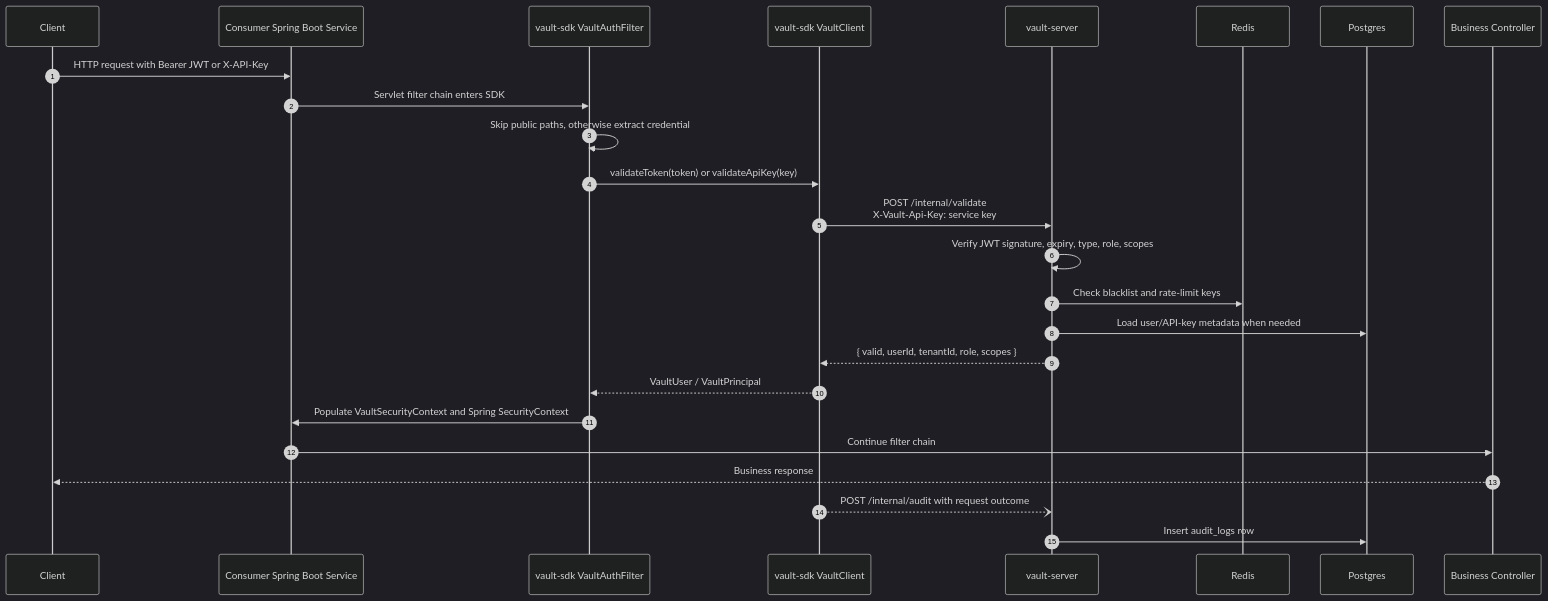
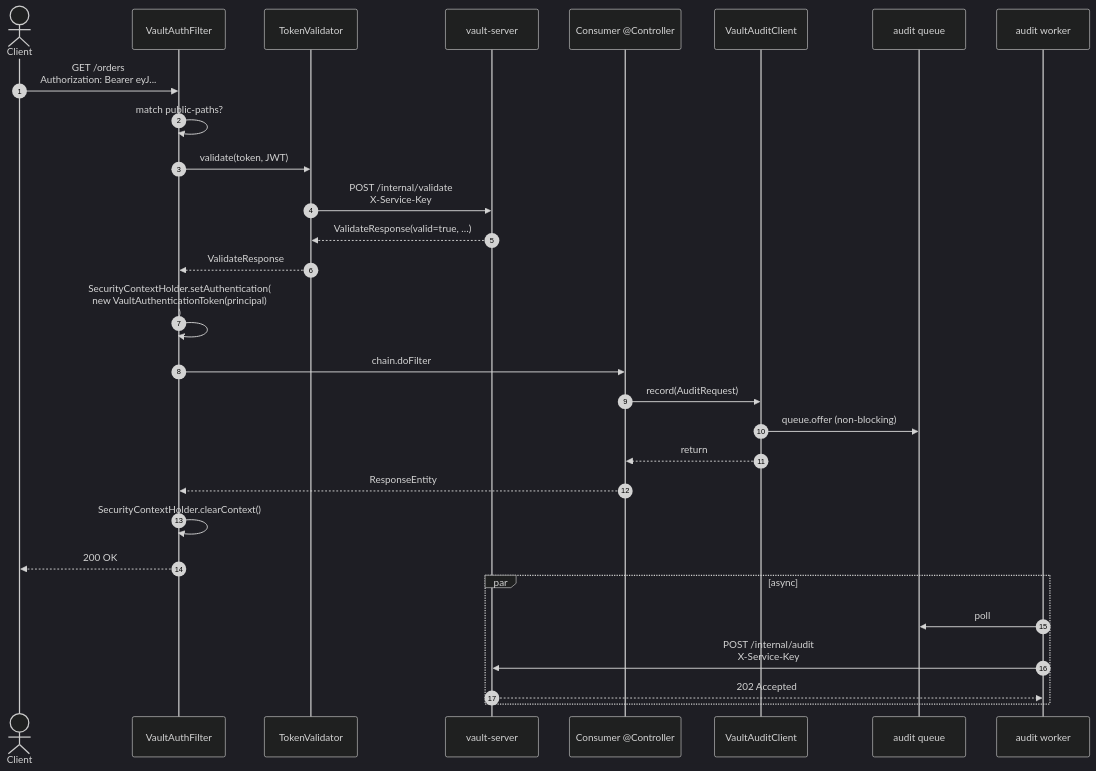
The third of 3 diagrams in docs/architecture.md (HesandaLiyanage/theVaultOfficial), drawn with Mermaid (dark theme) before and after one commit. The commit also changed other lines of this file and 2 other files, not shown here.

````diff
--- a/docs/architecture.md
+++ b/docs/architecture.md
@@ -71,28 +95,32 @@
 ```mermaid
 sequenceDiagram
     autonumber
-    participant Client
-    participant Service as Consumer Spring Boot Service
-    participant Filter as vault-sdk VaultAuthFilter
-    participant ClientSdk as vault-sdk VaultClient
-    participant Vault as vault-server
-    participant Redis
-    participant Postgres
-    participant Controller as Business Controller
+    actor C as Client
+    participant F as VaultAuthFilter
+    participant TV as TokenValidator
+    participant VS as vault-server
+    participant CTL as Consumer @Controller
+    participant AD as VaultAuditClient
+    participant Q as audit queue
+    participant W as audit worker
 
-    Client->>Service: HTTP request with Bearer JWT or X-API-Key
-    Service->>Filter: Servlet filter chain enters SDK
-    Filter->>Filter: Skip public paths, otherwise extract credential
-    Filter->>ClientSdk: validateToken(token) or validateApiKey(key)
-    ClientSdk->>Vault: POST /internal/validate<br/>X-Vault-Api-Key: service key
-    Vault->>Vault: Verify JWT signature, expiry, type, role, scopes
-    Vault->>Redis: Check blacklist and rate-limit keys
-    Vault->>Postgres: Load user/API-key metadata when needed
-    Vault-->>ClientSdk: { valid, userId, tenantId, role, scopes }
-    ClientSdk-->>Filter: VaultUser / VaultPrincipal
-    Filter->>Service: Populate VaultSecurityContext and Spring SecurityContext
-    Service->>Controller: Continue filter chain
-    Controller-->>Client: Business response
-    ClientSdk--)Vault: POST /internal/audit with request outcome
-    Vault->>Postgres: Insert audit_logs row
+    C->>F: GET /orders<br/>Authorization: Bearer eyJ...
+    F->>F: match public-paths?
+    F->>TV: validate(token, JWT)
+    TV->>VS: POST /internal/validate<br/>X-Service-Key
+    VS-->>TV: ValidateResponse(valid=true, …)
+    TV-->>F: ValidateResponse
+    F->>F: SecurityContextHolder.setAuthentication(<br/>  new VaultAuthenticationToken(principal)<br/>)
+    F->>CTL: chain.doFilter
+    CTL->>AD: record(AuditRequest)
+    AD->>Q: queue.offer (non-blocking)
+    AD-->>CTL: return
+    CTL-->>F: ResponseEntity
+    F->>F: SecurityContextHolder.clearContext()
+    F-->>C: 200 OK
+    par async
+        W->>Q: poll
+        W->>VS: POST /internal/audit<br/>X-Service-Key
+        VS-->>W: 202 Accepted
+    end
 ```
````
